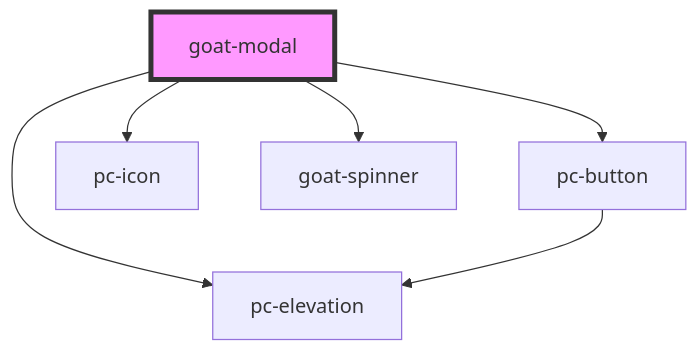
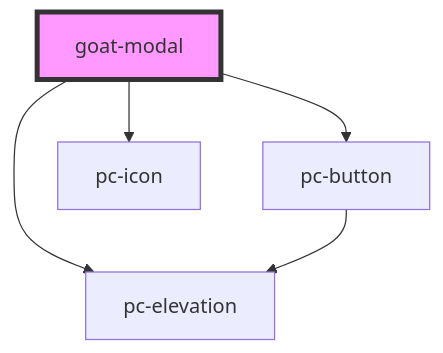
The diagram in src/components/modal/modal/readme.md (redvars/peacock), drawn with Mermaid before and after one commit. The commit also changed other lines of this file and 127 other files, not shown here.

````diff
--- a/src/components/modal/modal/readme.md
+++ b/src/components/modal/modal/readme.md
@@ -38,9 +37,8 @@
 ```mermaid
 graph TD;
   goat-modal --> pc-elevation
   goat-modal --> pc-button
   goat-modal --> pc-icon
-  goat-modal --> goat-spinner
   pc-button --> pc-elevation
   style goat-modal fill:#f9f,stroke:#333,stroke-width:4px
 ```
````
